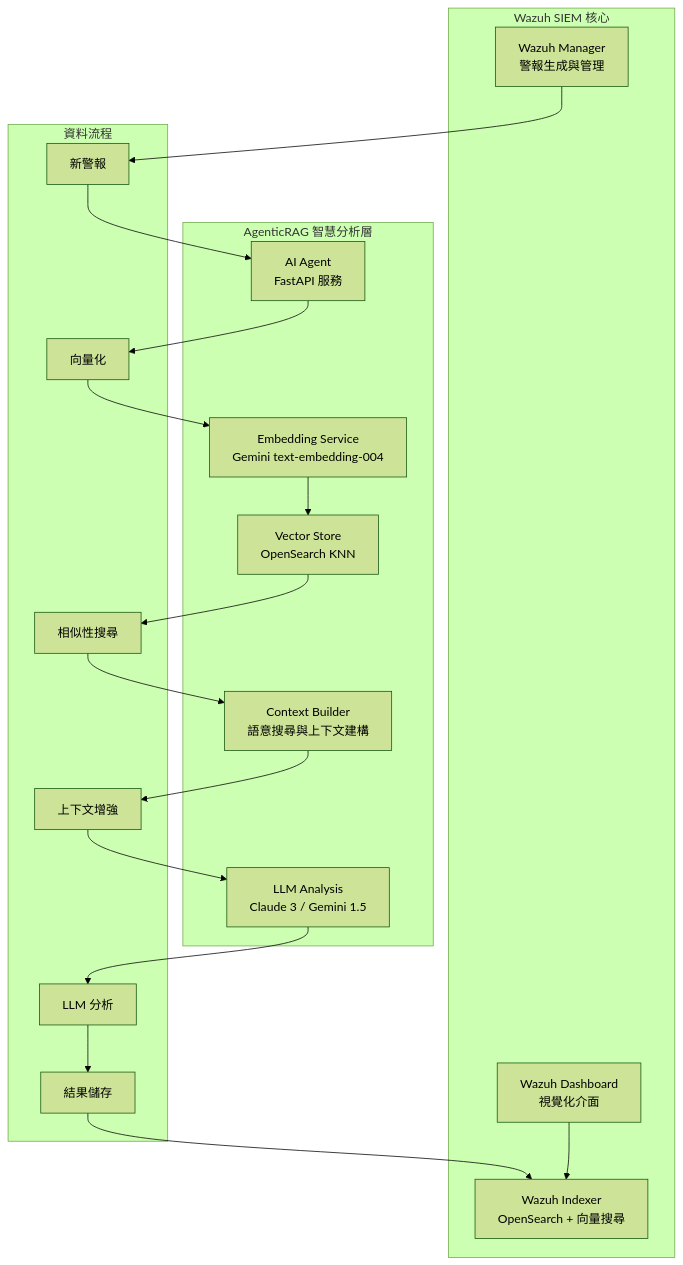
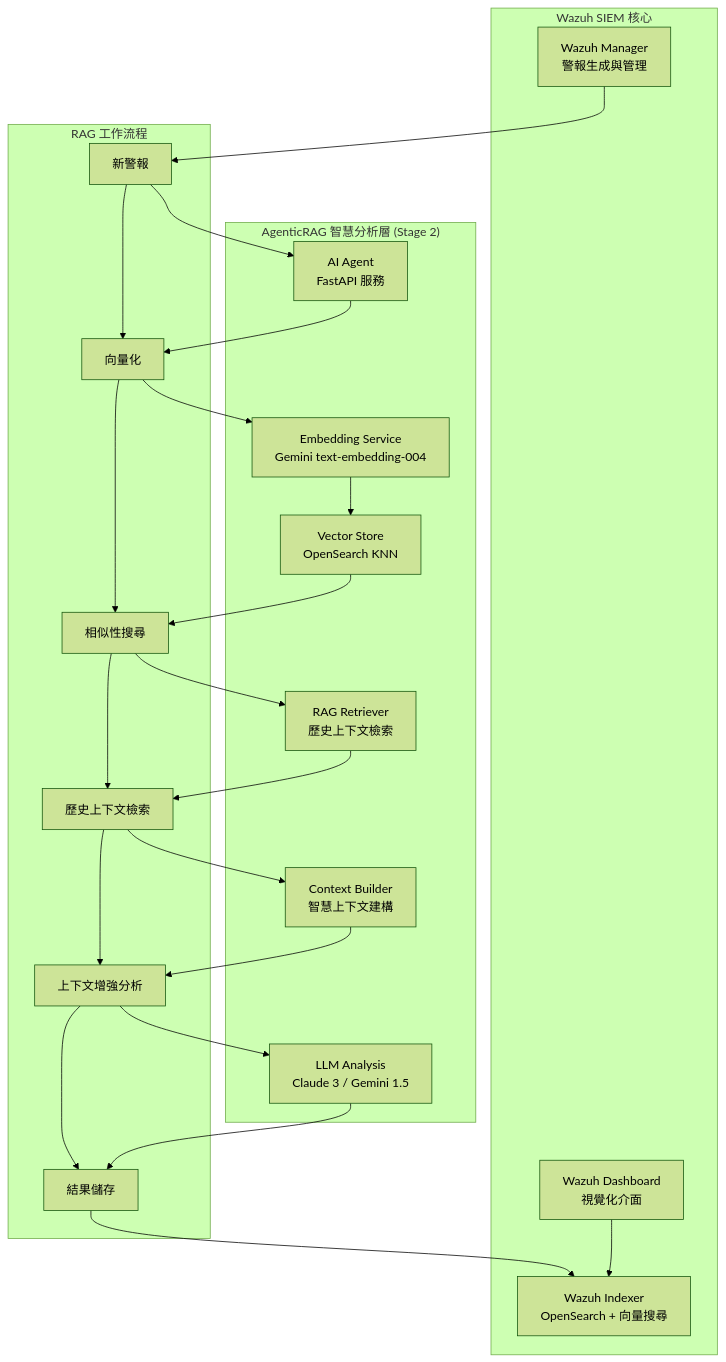
The diagram in README.md (trionnemesis/wazuh_ai_agent), drawn with Mermaid (forest theme) before and after one commit. The commit also changed other lines of this file, not shown here.

Commit message:
Update README with Stage 2 RAG implementation details and roadmap

````diff
--- a/README.md
+++ b/README.md
@@ -13,39 +26,40 @@
 ```mermaid
 flowchart TD
     subgraph "Wazuh SIEM 核心"
         A[Wazuh Manager<br/>警報生成與管理]
         B[Wazuh Indexer<br/>OpenSearch + 向量搜尋]
         C[Wazuh Dashboard<br/>視覺化介面]
     end
     
-    subgraph "AgenticRAG 智慧分析層"
+    subgraph "AgenticRAG 智慧分析層 (Stage 2)"
         D[AI Agent<br/>FastAPI 服務]
         E[Embedding Service<br/>Gemini text-embedding-004]
         F[Vector Store<br/>OpenSearch KNN]
         G[LLM Analysis<br/>Claude 3 / Gemini 1.5]
-        H[Context Builder<br/>語意搜尋與上下文建構]
+        H[RAG Retriever<br/>歷史上下文檢索]
+        I[Context Builder<br/>智慧上下文建構]
     end
     
-    subgraph "資料流程"
-        I[新警報]
-        J[向量化]
-        K[相似性搜尋]
-        L[上下文增強]
-        M[LLM 分析]
-        N[結果儲存]
+    subgraph "RAG 工作流程"
+        J[新警報] --> K[向量化]
+        K --> L[相似性搜尋]
+        L --> M[歷史上下文檢索]
+        M --> N[上下文增強分析]
+        N --> O[結果儲存]
     end
     
-    A --> I
-    I --> D
-    D --> J
-    J --> E
+    A --> J
+    J --> D
+    D --> K
+    K --> E
     E --> F
-    F --> K
-    K --> H
-    H --> L
-    L --> G
-    G --> M
-    M --> N
-    N --> B
+    F --> L
+    L --> H
+    H --> M
+    M --> I
+    I --> N
+    N --> G
+    G --> O
+    O --> B
     C --> B
 ```
````
